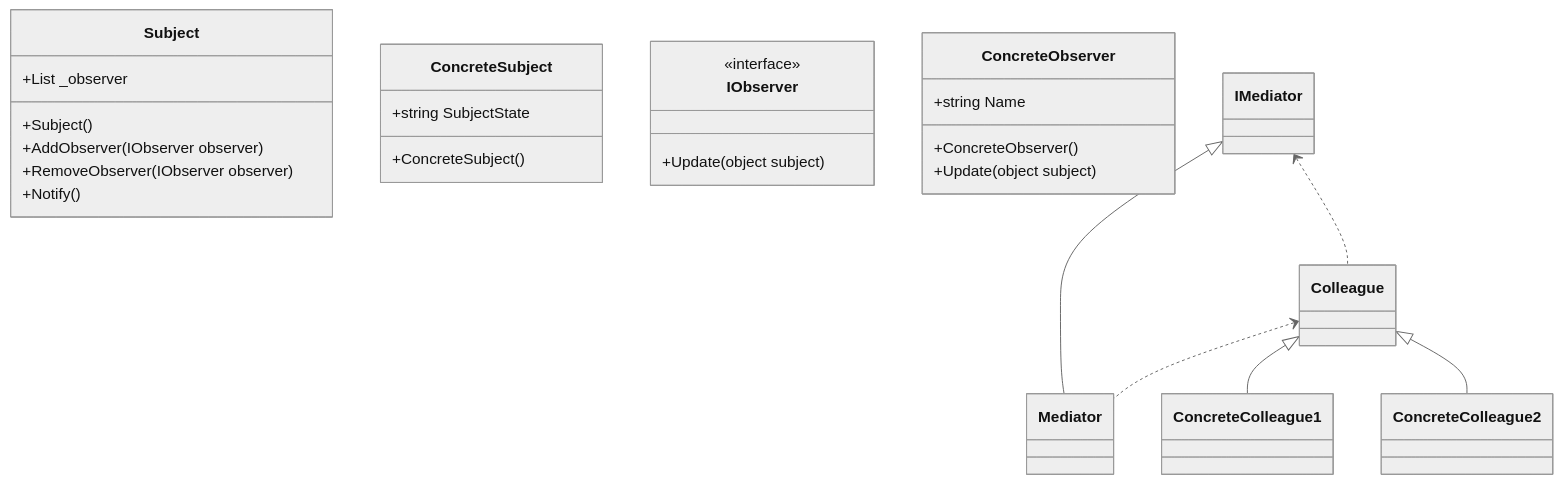
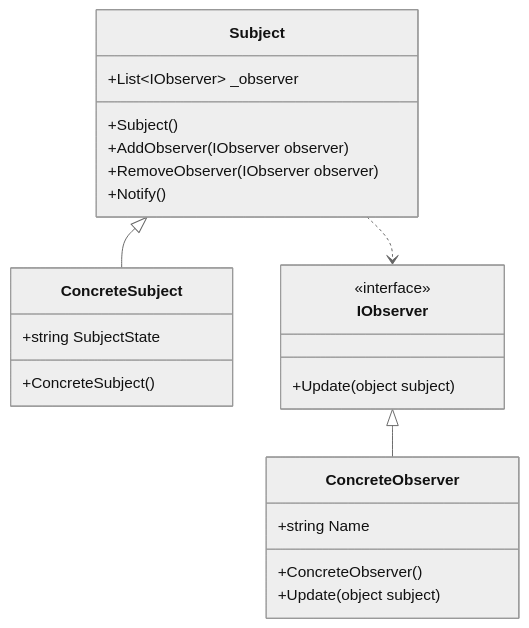
The diagram in design_pattern/observer.md (thunderstormwang/CodingNote), drawn with Mermaid (neutral theme) before and after one commit. The commit also changed other lines of this file and 10 other files, not shown here.

````diff
--- a/design_pattern/observer.md
+++ b/design_pattern/observer.md
@@ -4,33 +3,31 @@
 ```mermaid
 classDiagram
 class Subject {
-    +List<IObserver> _observer
+    +List~IObserver~ _observer
     +Subject()
     +AddObserver(IObserver observer)
     +RemoveObserver(IObserver observer)
     +Notify()
 }
 
 class ConcreteSubject {
     +string SubjectState
     +ConcreteSubject()
 }
 
 class IObserver {
     <<interface>>
     +Update(object subject)
 }
 
 class ConcreteObserver {
     +string Name
     +ConcreteObserver()
     +Update(object subject)
 }
 
-IMediator <|-- Mediator
-Colleague <|-- ConcreteColleague1
-Colleague <|-- ConcreteColleague2
+Subject <|-- ConcreteSubject
+IObserver <|-- ConcreteObserver
 
-IMediator <.. Colleague
-Colleague <.. Mediator
+Subject ..> IObserver
 ```
````
